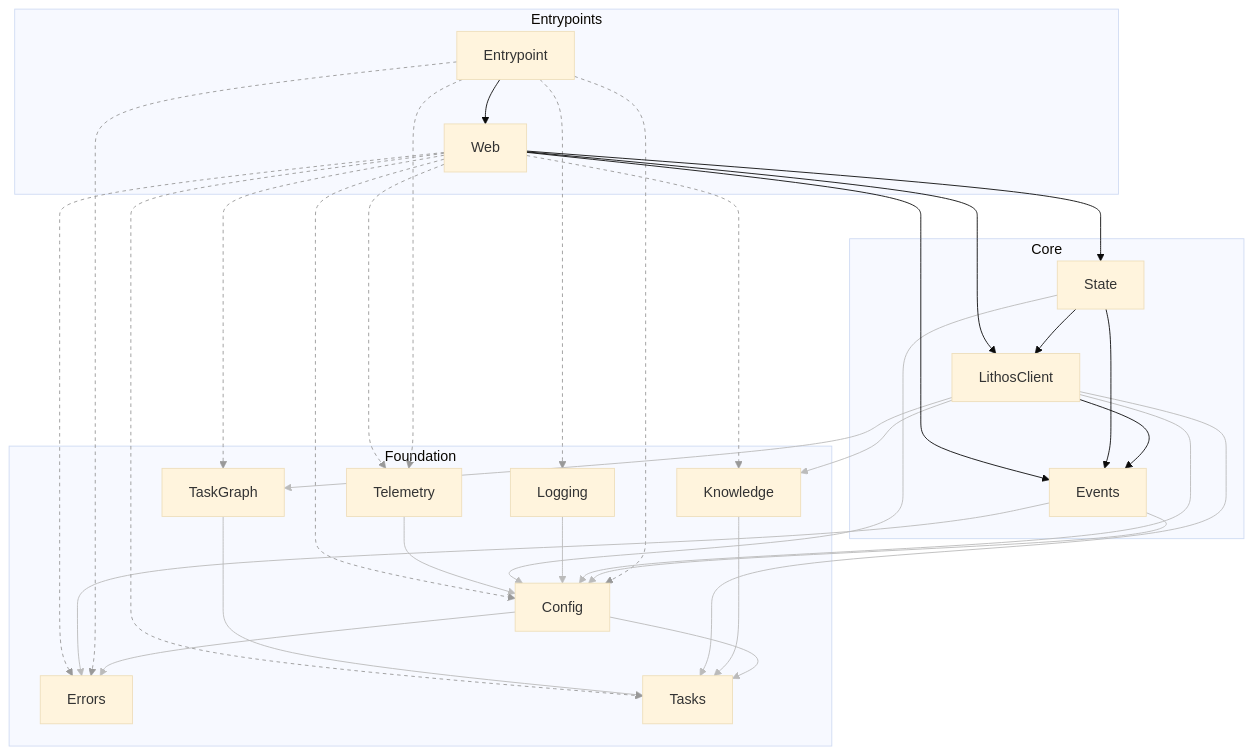
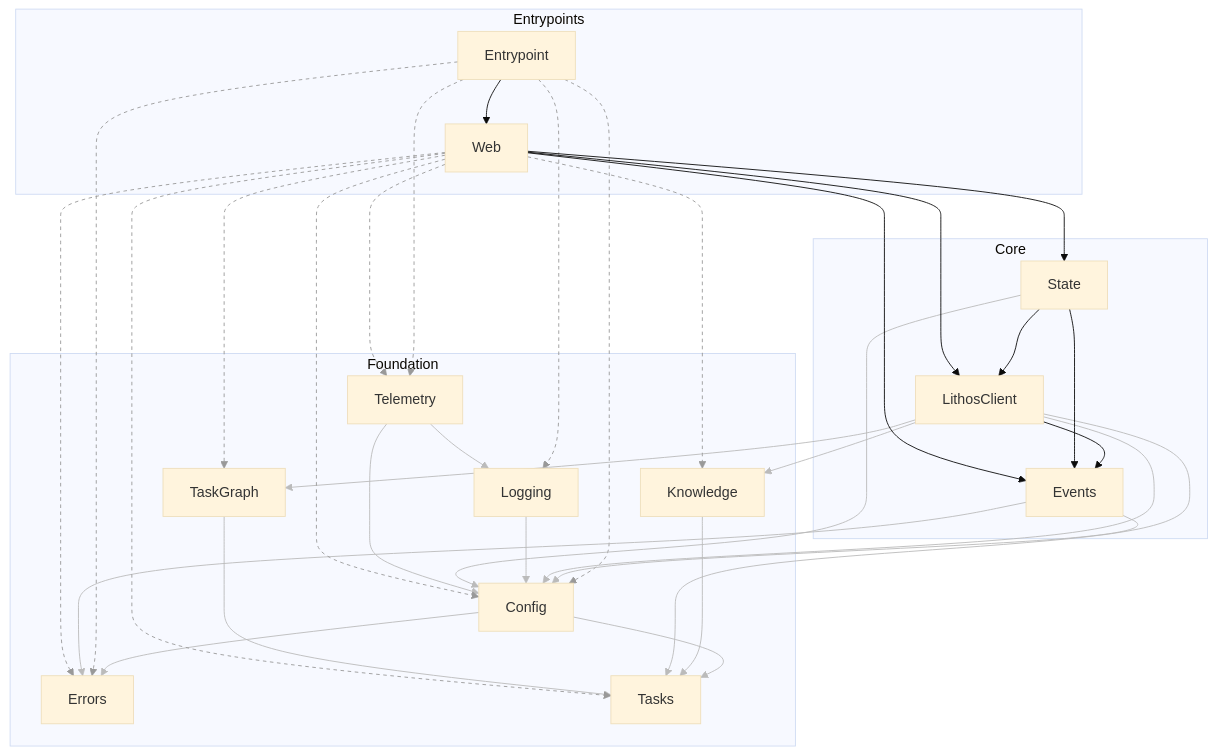
The diagram in docs/generated/architecture.md (agent-lore/lithos-lens), drawn with Mermaid (base theme) before and after one commit. The commit also changed 9 other files, not shown here.

````diff
--- a/docs/generated/architecture.md
+++ b/docs/generated/architecture.md
@@ -56,6 +56,7 @@
   State --> LithosClient
   TaskGraph --> Tasks
   Telemetry --> Config
+  Telemetry --> Logging
   Web --> Config
   Web --> Errors
   Web --> Events
@@ -82,10 +83,11 @@
   linkStyle 16 stroke:#bbb
   linkStyle 19 stroke:#bbb
   linkStyle 20 stroke:#bbb
-  linkStyle 21 stroke:#999,stroke-dasharray:4
+  linkStyle 21 stroke:#bbb
   linkStyle 22 stroke:#999,stroke-dasharray:4
-  linkStyle 24 stroke:#999,stroke-dasharray:4
-  linkStyle 27 stroke:#999,stroke-dasharray:4
+  linkStyle 23 stroke:#999,stroke-dasharray:4
+  linkStyle 25 stroke:#999,stroke-dasharray:4
   linkStyle 28 stroke:#999,stroke-dasharray:4
   linkStyle 29 stroke:#999,stroke-dasharray:4
+  linkStyle 30 stroke:#999,stroke-dasharray:4
 ```
````
